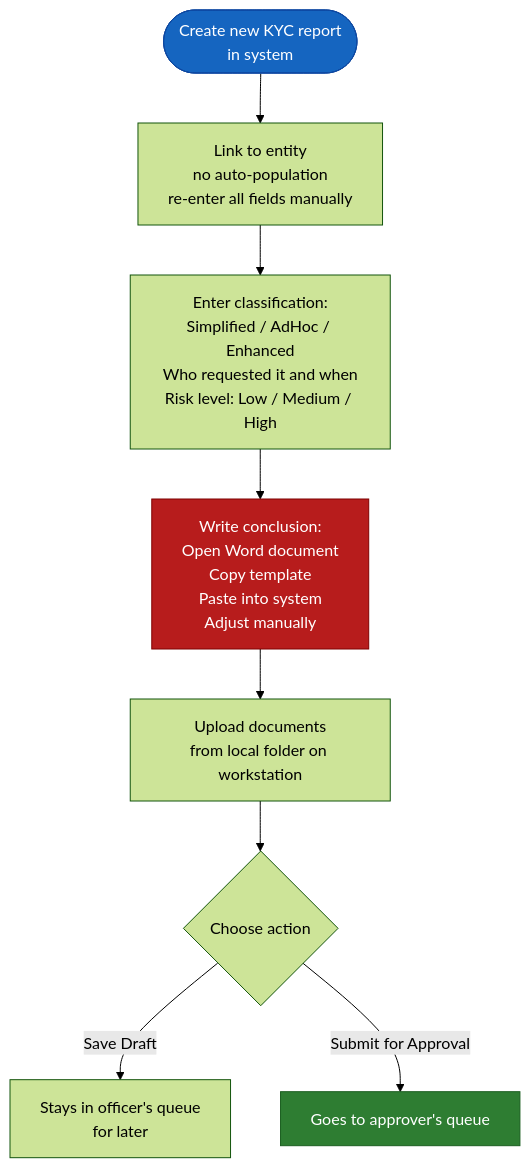
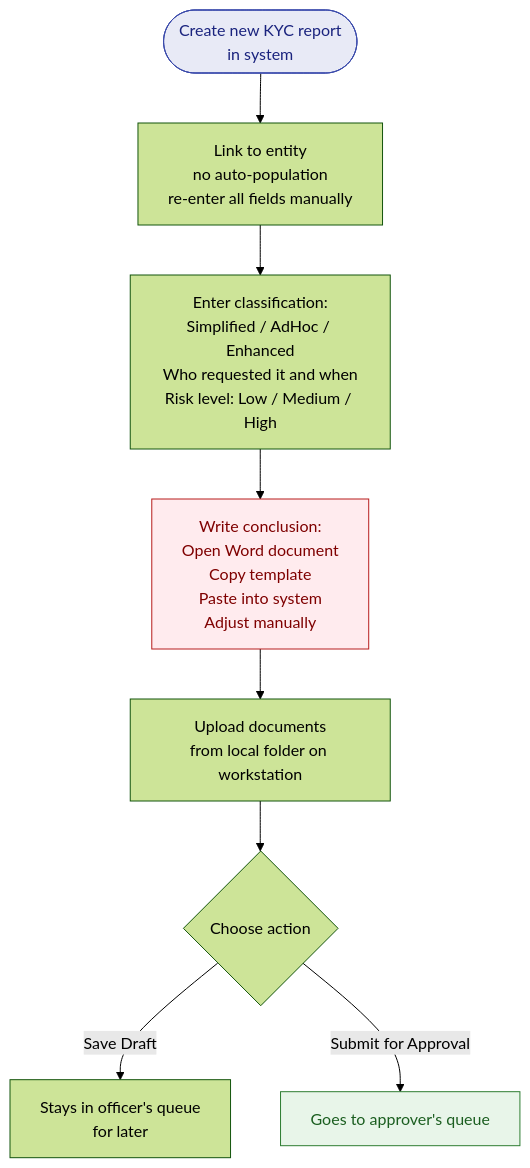
One commit to mazharr-hussain/KycReport changed the fourth of 4 diagrams in docs/V2_BUS_AsIs_Process.md. Above: the diagram before and after it, drawn with Mermaid (forest theme). The commit also changed other lines of this file and 7 other files, not shown here.

First line of the commit message:
Switch all diagrams to light pastel palette with dark text

````diff
--- a/docs/V2_BUS_AsIs_Process.md
+++ b/docs/V2_BUS_AsIs_Process.md
@@ -175,14 +175,14 @@
 ```mermaid
 flowchart TD
     NEW([Create new KYC report\nin system]) --> LINK[Link to entity\nno auto-population\nre-enter all fields manually]
     LINK --> CLASS[Enter classification:\nSimplified / AdHoc / Enhanced\nWho requested it and when\nRisk level: Low / Medium / High]
     CLASS --> CONC[Write conclusion:\nOpen Word document\nCopy template\nPaste into system\nAdjust manually]
     CONC --> UPLOAD[Upload documents\nfrom local folder on workstation]
     UPLOAD --> ACTION{Choose action}
     ACTION -->|Save Draft| DRAFT[Stays in officer's queue\nfor later]
     ACTION -->|Submit for Approval| APPROVER[Goes to approver's queue]
 
-    style NEW fill:#1565C0,color:#fff,stroke:#0D47A1
-    style CONC fill:#B71C1C,color:#fff,stroke:#7F0000
-    style APPROVER fill:#2E7D32,color:#fff,stroke:#1B5E20
+    style NEW fill:#E8EAF6,color:#1A237E,stroke:#3949AB
+    style CONC fill:#FFEBEE,color:#7F0000,stroke:#B71C1C
+    style APPROVER fill:#E8F5E9,color:#1B5E20,stroke:#2E7D32
 ```
````
